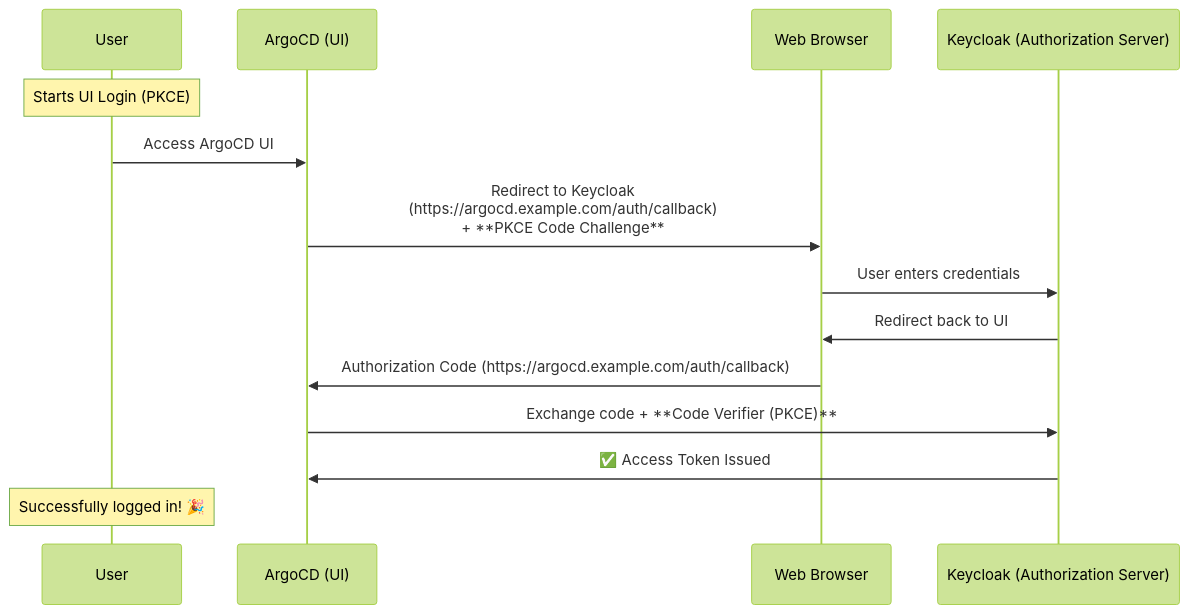
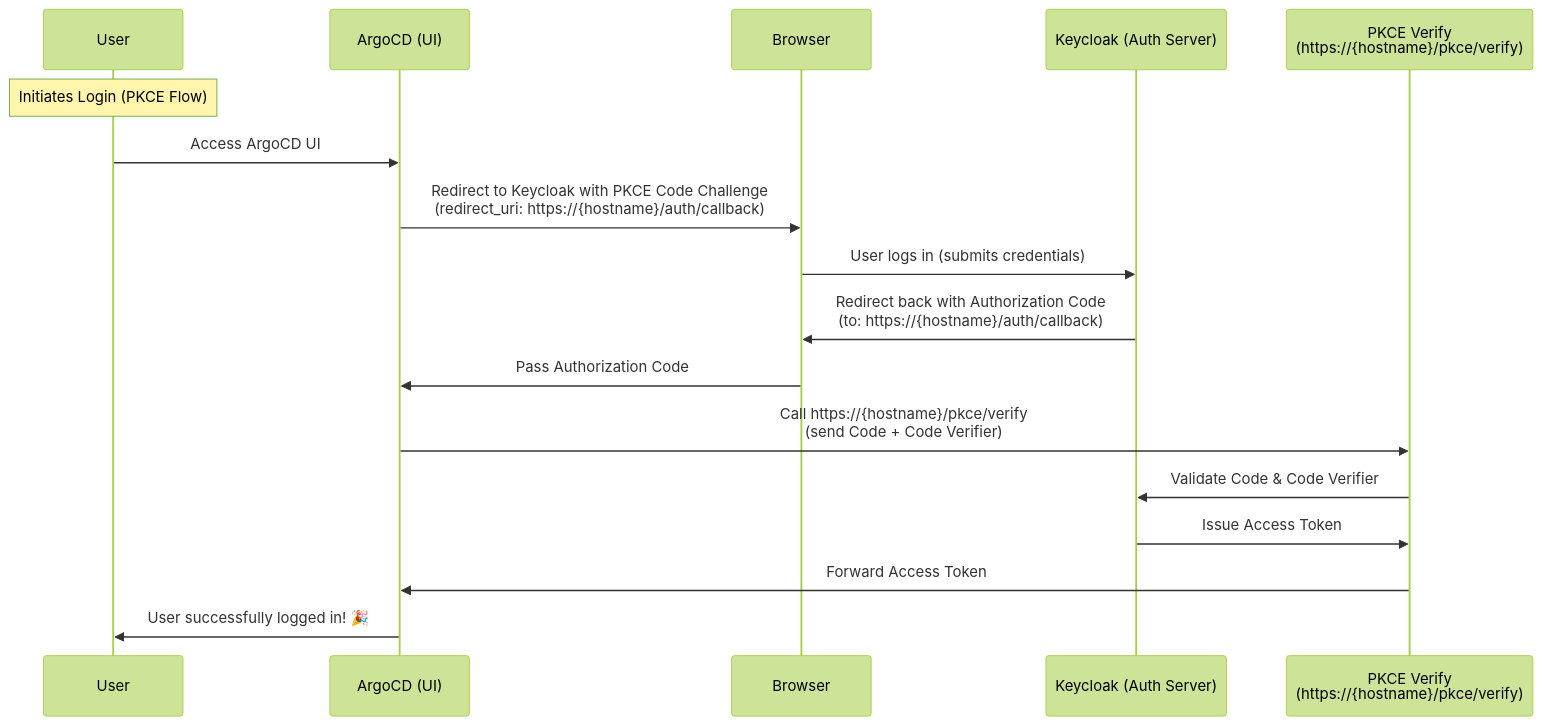
The diagram in ui-pkce.md (IevoniXX/oauth-kt), drawn with Mermaid (forest theme) before and after one commit.

````diff
--- a/ui-pkce.md
+++ b/ui-pkce.md
@@ -1,19 +1,21 @@
 ```mermaid
 sequenceDiagram
-    participant User
-    participant ArgoCD_UI as ArgoCD (UI)
-    participant Browser as Web Browser
-    participant Keycloak as Keycloak (Authorization Server)
+    participant U as User
+    participant A as ArgoCD (UI)
+    participant B as Browser
+    participant K as Keycloak (Auth Server)
+    participant P as PKCE Verify<br/>(https://{hostname}/pkce/verify)
 
-    Note over User: Starts UI Login (PKCE)
-    
-    User->>ArgoCD_UI: Access ArgoCD UI
-    ArgoCD_UI->>Browser: Redirect to Keycloak<br/> (https://argocd.example.com/auth/callback)<br/> + **PKCE Code Challenge**
-    Browser->>Keycloak: User enters credentials
-    Keycloak->>Browser: Redirect back to UI
-    Browser->>ArgoCD_UI: Authorization Code (https://argocd.example.com/auth/callback)
-    ArgoCD_UI->>Keycloak: Exchange code + **Code Verifier (PKCE)**
-    Keycloak->>ArgoCD_UI: ✅ Access Token Issued
-    Note over User: Successfully logged in! 🎉
+    Note over U: Initiates Login (PKCE Flow)
+    U->>A: Access ArgoCD UI
+    A->>B: Redirect to Keycloak with PKCE Code Challenge<br/>(redirect_uri: https://{hostname}/auth/callback)
+    B->>K: User logs in (submits credentials)
+    K->>B: Redirect back with Authorization Code<br/>(to: https://{hostname}/auth/callback)
+    B->>A: Pass Authorization Code
+    A->>P: Call https://{hostname}/pkce/verify<br/>(send Code + Code Verifier)
+    P->>K: Validate Code & Code Verifier
+    K->>P: Issue Access Token
+    P->>A: Forward Access Token
+    A->>U: User successfully logged in! 🎉
 
 ```
````
